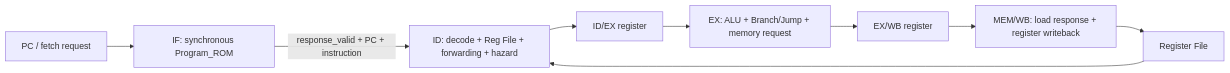
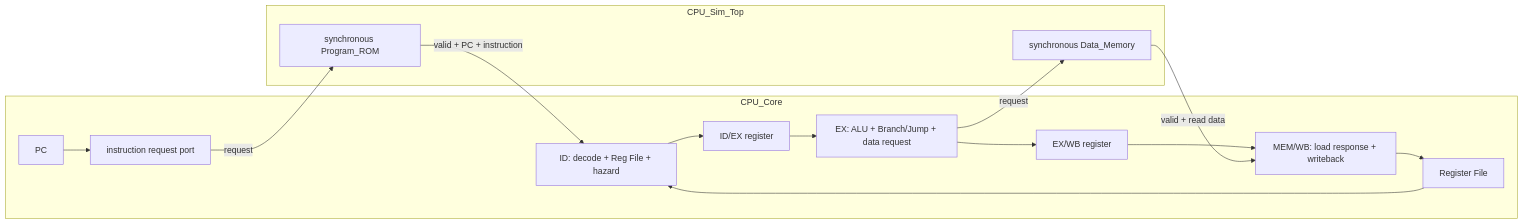
The first of 2 diagrams in README.md (teddywang0824/rv32i-3stage-cpu), drawn with Mermaid before and after one commit. The commit also changed other lines of this file and 20 other files, not shown here.

````diff
--- a/README.md
+++ b/README.md
@@ -46,11 +48,20 @@
 ```mermaid
 flowchart LR
-    PC["PC / fetch request"] --> IMEM["IF: synchronous Program_ROM"]
-    IMEM -->|"response_valid + PC + instruction"| ID["ID: decode + Reg File + forwarding + hazard"]
-    ID --> IDEX["ID/EX register"]
-    IDEX --> EX["EX: ALU + Branch/Jump + memory request"]
-    EX --> EXWB["EX/WB register"]
-    EXWB --> WB["MEM/WB: load response + register writeback"]
-    WB --> RF["Register File"]
-    RF --> ID
+    subgraph CORE["CPU_Core"]
+        PC["PC"] --> IFPORT["instruction request port"]
+        ID["ID: decode + Reg File + hazard"] --> IDEX["ID/EX register"]
+        IDEX --> EX["EX: ALU + Branch/Jump + data request"]
+        EX --> EXWB["EX/WB register"]
+        EXWB --> WB["MEM/WB: load response + writeback"]
+        WB --> RF["Register File"]
+        RF --> ID
+    end
+    subgraph SIM["CPU_Sim_Top"]
+        IMEM["synchronous Program_ROM"]
+        DMEM["synchronous Data_Memory"]
+    end
+    IFPORT -->|"request"| IMEM
+    IMEM -->|"valid + PC + instruction"| ID
+    EX -->|"request"| DMEM
+    DMEM -->|"valid + read data"| WB
 ```
````
